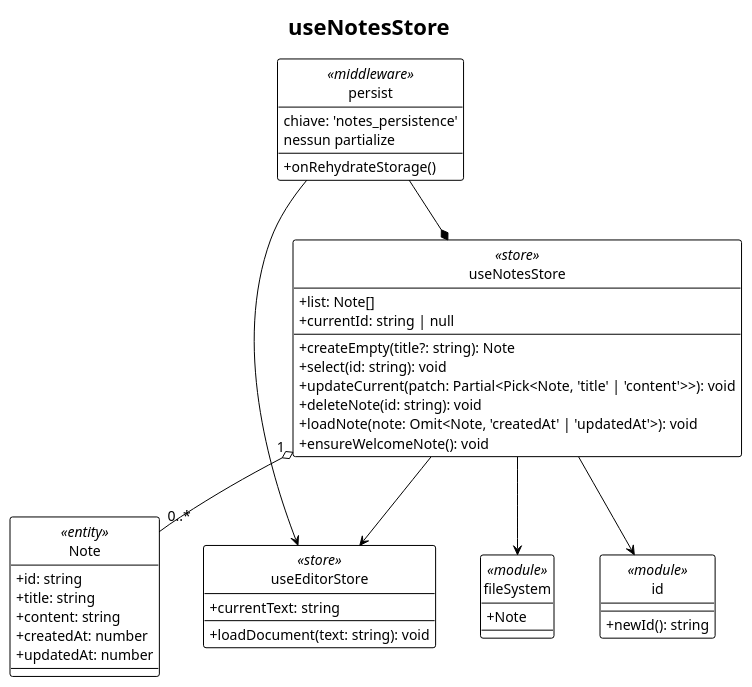
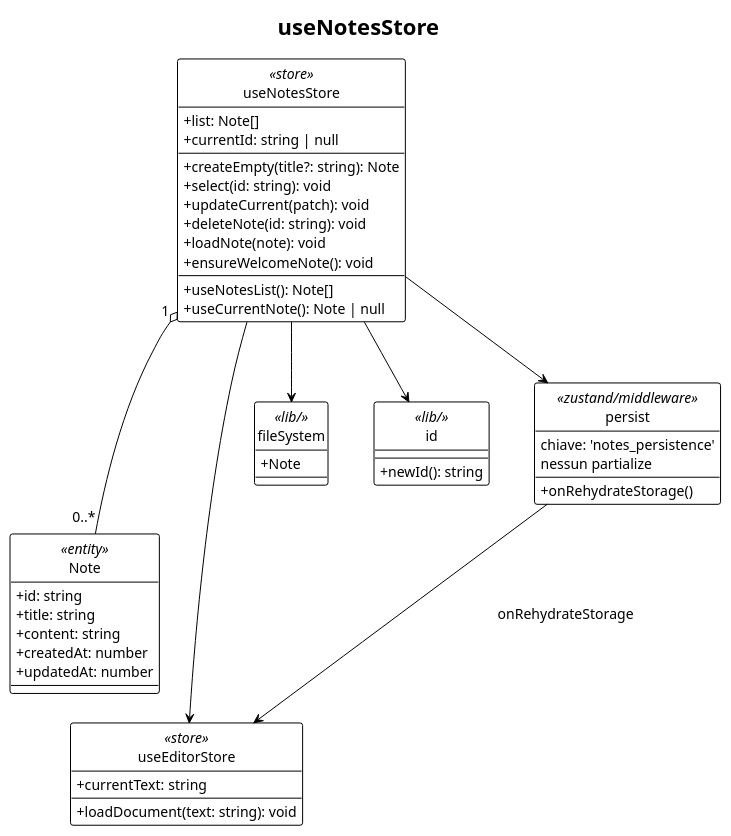
Before and after one commit to thebitless-group-swe/thebitless.github.io: the diagram in PB/doc_esterna/specifica_tecnica/assets/plantuml/UML3.3.3-2.puml, drawn with PlantUML. The commit also changed 35 other files, not shown here.

Commit message:
fix(ST):sistema diagrammi UML del capitolo 3.3, elimina i duplicati

```diff
--- a/PB/doc_esterna/specifica_tecnica/assets/plantuml/UML3.3.3-2.puml
+++ b/PB/doc_esterna/specifica_tecnica/assets/plantuml/UML3.3.3-2.puml
@@ -1,64 +1,67 @@
 @startuml
 !theme plain
 hide circle
 skinparam classAttributeIconSize 0
 skinparam shadowing false
 skinparam nodesep 45
 skinparam ranksep 60
 skinparam defaultFontSize 14
 
 title useNotesStore
 
 top to bottom direction
 
-class persist <<middleware>> {
+class persist <<zustand/middleware>> {
   chiave: 'notes_persistence'
   nessun partialize
   + onRehydrateStorage()
 }
 
 class useNotesStore <<store>> {
   + list: Note[]
   + currentId: string | null
   __
   + createEmpty(title?: string): Note
   + select(id: string): void
-  + updateCurrent(patch: Partial<Pick<Note, 'title' | 'content'>>): void
+  + updateCurrent(patch): void
   + deleteNote(id: string): void
-  + loadNote(note: Omit<Note, 'createdAt' | 'updatedAt'>): void
+  + loadNote(note): void
   + ensureWelcomeNote(): void
+  __
+  + useNotesList(): Note[]
+  + useCurrentNote(): Note | null
 }
 
 class Note <<entity>> {
   + id: string
   + title: string
   + content: string
   + createdAt: number
   + updatedAt: number
 }
 
 class useEditorStore <<store>> {
   + currentText: string
   __
   + loadDocument(text: string): void
 }
 
-class fileSystem <<module>> {
+class fileSystem <<lib/>> {
   + Note
 }
 
-class id <<module>> {
+class id <<lib/>> {
   + newId(): string
 }
 
-persist --* useNotesStore
+useNotesStore --> persist
 useNotesStore "1" o-- "0..*" Note
 useNotesStore --> useEditorStore
 useNotesStore --> fileSystem
 useNotesStore --> id
-persist --> useEditorStore
+persist --> useEditorStore : onRehydrateStorage
 
 Note -[hidden]right- useEditorStore
 fileSystem -[hidden]right- id
 
 @enduml
```
